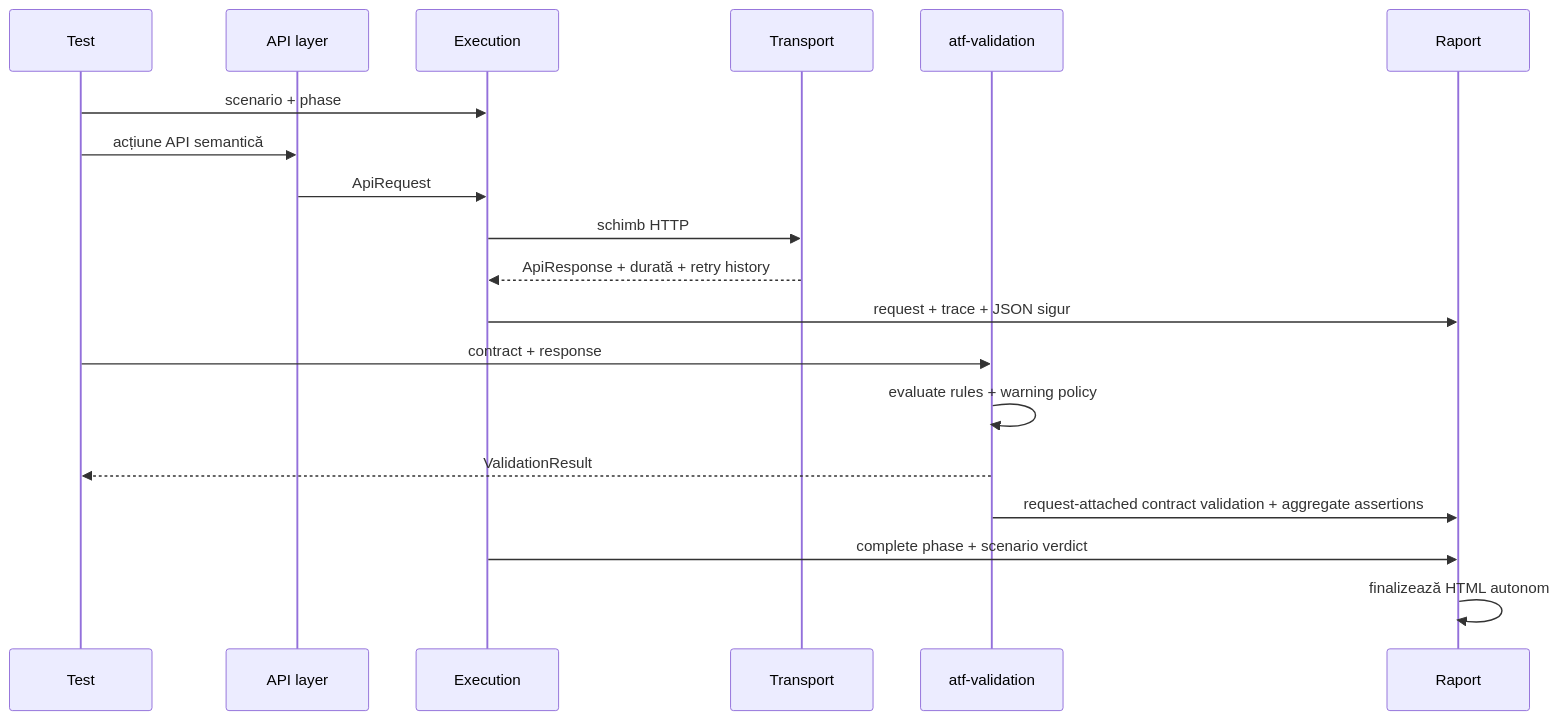
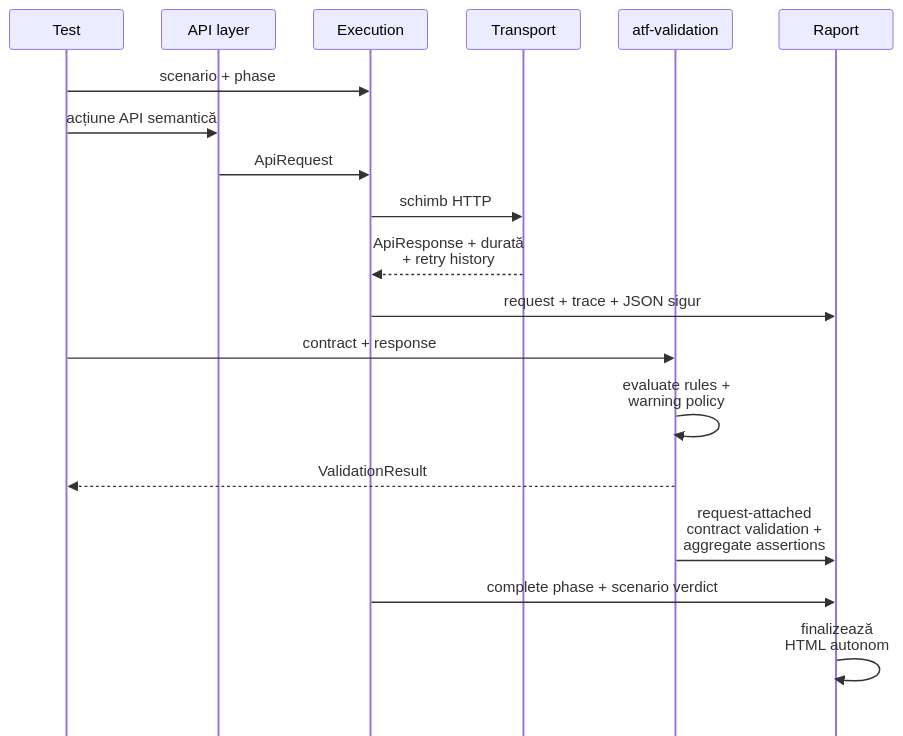
Before and after one commit to crististefanita/atf_j0: the fourth of 11 diagrams in docs/ATF_Architecture.md, drawn with Mermaid. The commit also changed other lines of this file and 97 other files, not shown here.

````diff
--- a/docs/ATF_Architecture.md
+++ b/docs/ATF_Architecture.md
@@ -301,23 +332,23 @@
 ```mermaid
-%%{init: {"themeVariables": {"fontSize": "16px"}}}%%
+%%{init: {"themeVariables":{"fontSize":"15px","actorFontSize":"15px","messageFontSize":"12px","noteFontSize":"12px"},"themeCSS":".actor { font-size: 15px !important; } .messageText, .labelText, .loopText, .noteText { font-size: 12px !important; }","sequence":{"actorFontSize":15,"messageFontSize":12,"noteFontSize":12,"width":120,"height":42,"actorMargin":40,"messageMargin":24,"mirrorActors":false,"wrap":true,"wrapPadding":6}}}%%
 sequenceDiagram
     participant T as Test
     participant M as API layer
     participant E as Execution
     participant H as Transport
     participant V as atf-validation
     participant R as Raport
 
     T->>E: scenario + phase
     T->>M: acțiune API semantică
     M->>E: ApiRequest
     E->>H: schimb HTTP
     H-->>E: ApiResponse + durată + retry history
     E->>R: request + trace + JSON sigur
     T->>V: contract + response
     V->>V: evaluate rules + warning policy
     V-->>T: ValidationResult
     V->>R: request-attached contract validation + aggregate assertions
     E->>R: complete phase + scenario verdict
     R->>R: finalizează HTML autonom
 ```
````
